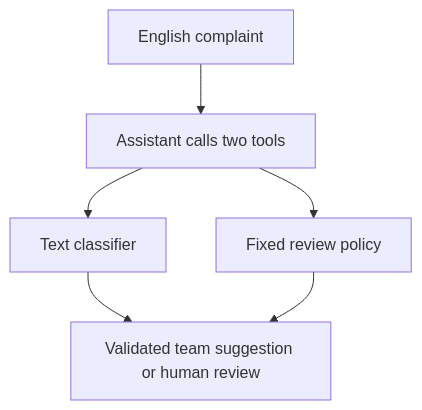
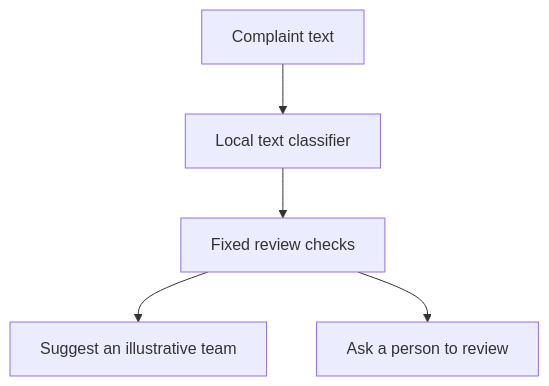
The diagram in README.md (younjuhan03/complaint-review-assistant), drawn with Mermaid before and after one commit. The commit also changed other lines of this file and 19 other files, not shown here.

Commit message:
Complete local complaint review study without LLM or API dependencies

````diff
--- a/README.md
+++ b/README.md
@@ -29,8 +29,7 @@
 ```mermaid
 flowchart TD
-    A["English complaint"] --> B["Assistant calls two tools"]
-    B --> C["Text classifier"]
-    B --> D["Fixed review policy"]
-    C --> E["Validated team suggestion or human review"]
-    D --> E
+    A["Complaint text"] --> B["Local text classifier"]
+    B --> C["Fixed review checks"]
+    C --> D["Suggest an illustrative team"]
+    C --> E["Ask a person to review"]
 ```
````
